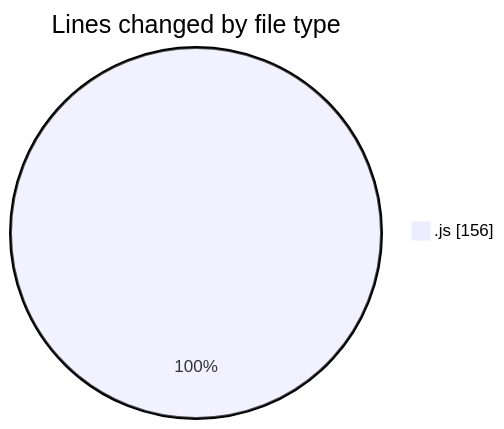
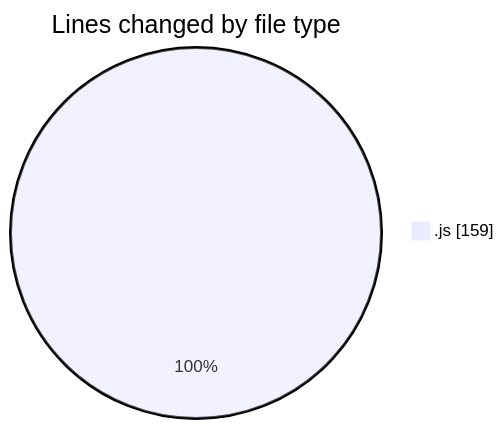
One commit to Ritupan-Deka/code-tracking changed the first of 2 diagrams in 2025-07-19/mern-workoutboard/README.md. Above: the diagram before and after it, drawn with Mermaid. The commit also changed other lines of this file and 1 other file, not shown here.

````diff
--- a/2025-07-19/mern-workoutboard/README.md
+++ b/2025-07-19/mern-workoutboard/README.md
@@ -21,5 +21,5 @@
 ```mermaid
 pie showData
 title Lines changed by file type
-".js" : 156
+".js" : 159
 ```
````
